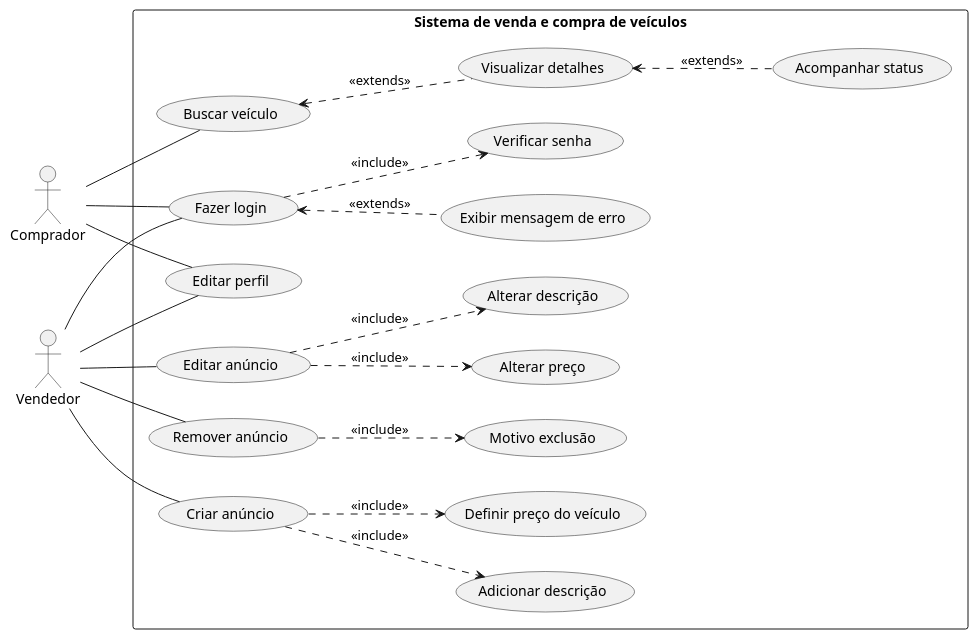
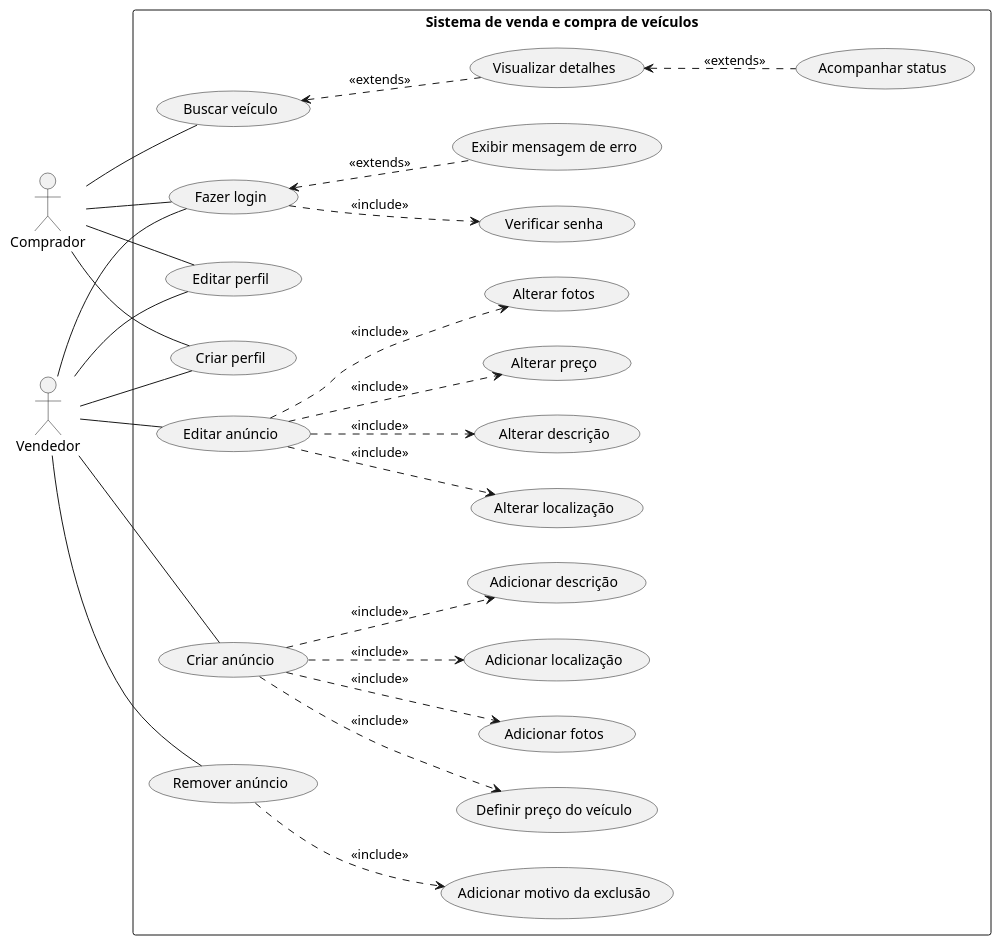
One commit to guilhermeoliveirateo/sistema-compra-venda-veiculos changed the diagram in uc_fluxo_sistema.md. Above: the diagram before and after it, drawn with PlantUML. The commit also changed other lines of this file, not shown here.

````diff
--- a/uc_fluxo_sistema.md
+++ b/uc_fluxo_sistema.md
@@ -1,45 +9,56 @@
 ``` plantuml
 @startuml 
 
 left to right direction
 actor "Comprador" as comprador
 actor "Vendedor" as vendedor
 
 rectangle "Sistema de venda e compra de veículos"{
 usecase "Fazer login" as uc1
 usecase "Editar perfil" as uc2
 usecase "Criar anúncio" as uc3
 usecase "Editar anúncio" as uc4
 usecase "Remover anúncio" as uc5
 usecase "Buscar veículo" as uc6
 usecase "Verificar senha" as uc7
 usecase "Exibir mensagem de erro" as uc8
 usecase "Adicionar descrição" as uc9
 usecase "Definir preço do veículo" as uc10
 usecase "Alterar descrição" as uc11
 usecase "Alterar preço" as uc12
-usecase "Motivo exclusão" as uc13
+usecase "Adicionar motivo da exclusão" as uc13
 usecase "Visualizar detalhes" as uc14
 usecase "Acompanhar status" as uc15
+usecase "Criar perfil" as uc16
+usecase "Adicionar fotos" as uc17
+usecase "Adicionar localização" as uc18
+usecase "Alterar fotos" as uc19
+usecase "Alterar localização" as uc20
 }
 
+vendedor -- uc16
+comprador -- uc16
 vendedor -- uc1
 comprador -- uc1
 uc1 ..> uc7 :<<include>>
 uc1 <.. uc8 :<<extends>>
 vendedor -- uc2
 comprador -- uc2
 vendedor -- uc3
 uc3 ..> uc9 :<<include>>
 uc3 ..> uc10 :<<include>>
+uc3 ..> uc17 :<<include>>
+uc3 ..> uc18 :<<include>>
 vendedor -- uc4
 uc4 ..> uc11 :<<include>>
 uc4 ..> uc12 :<<include>>
+uc4 ..> uc19 :<<include>>
+uc4 ..> uc20 :<<include>>
 vendedor -- uc5
 uc5 ..> uc13 :<<include>>
 comprador -- uc6
 uc6 <.. uc14 :<<extends>>
 uc14 <.. uc15 :<<extends>>
  
 @enduml
 ```
````
